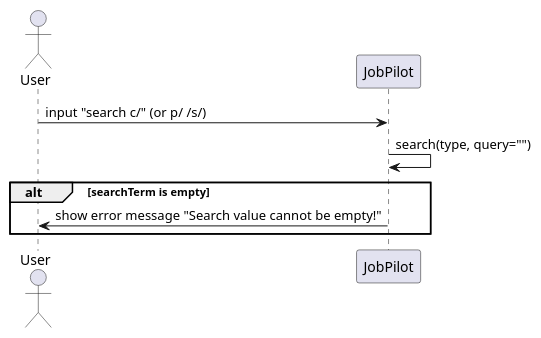
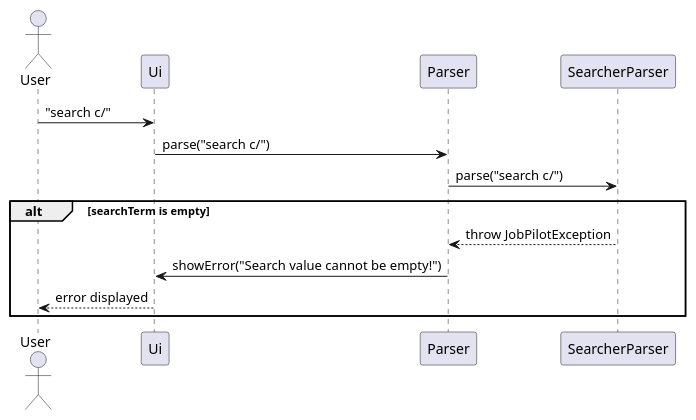
The diagram in docs/diagrams/search/search_empty.puml (AY2526S2-CS2113-W13-3/tp), drawn with PlantUML before and after one commit. The commit also changed 6 other files, not shown here.

First line of the commit message:
docs: align DG search docs and UML with current parser/runner flow

```diff
--- a/docs/diagrams/search/search_empty.puml
+++ b/docs/diagrams/search/search_empty.puml
@@ -1,9 +1,15 @@
 @startuml
 actor User
-participant JobPilot
-User -> JobPilot : input "search c/" (or p/ /s/)
-JobPilot -> JobPilot : search(type, query="")
+participant Ui
+participant Parser
+participant SearcherParser
+
+User -> Ui : "search c/"
+Ui -> Parser : parse("search c/")
+Parser -> SearcherParser : parse("search c/")
 alt searchTerm is empty
-    JobPilot -> User : show error message "Search value cannot be empty!"
+    SearcherParser --> Parser : throw JobPilotException
+    Parser -> Ui : showError("Search value cannot be empty!")
+    Ui --> User : error displayed
 end
 @enduml
```
